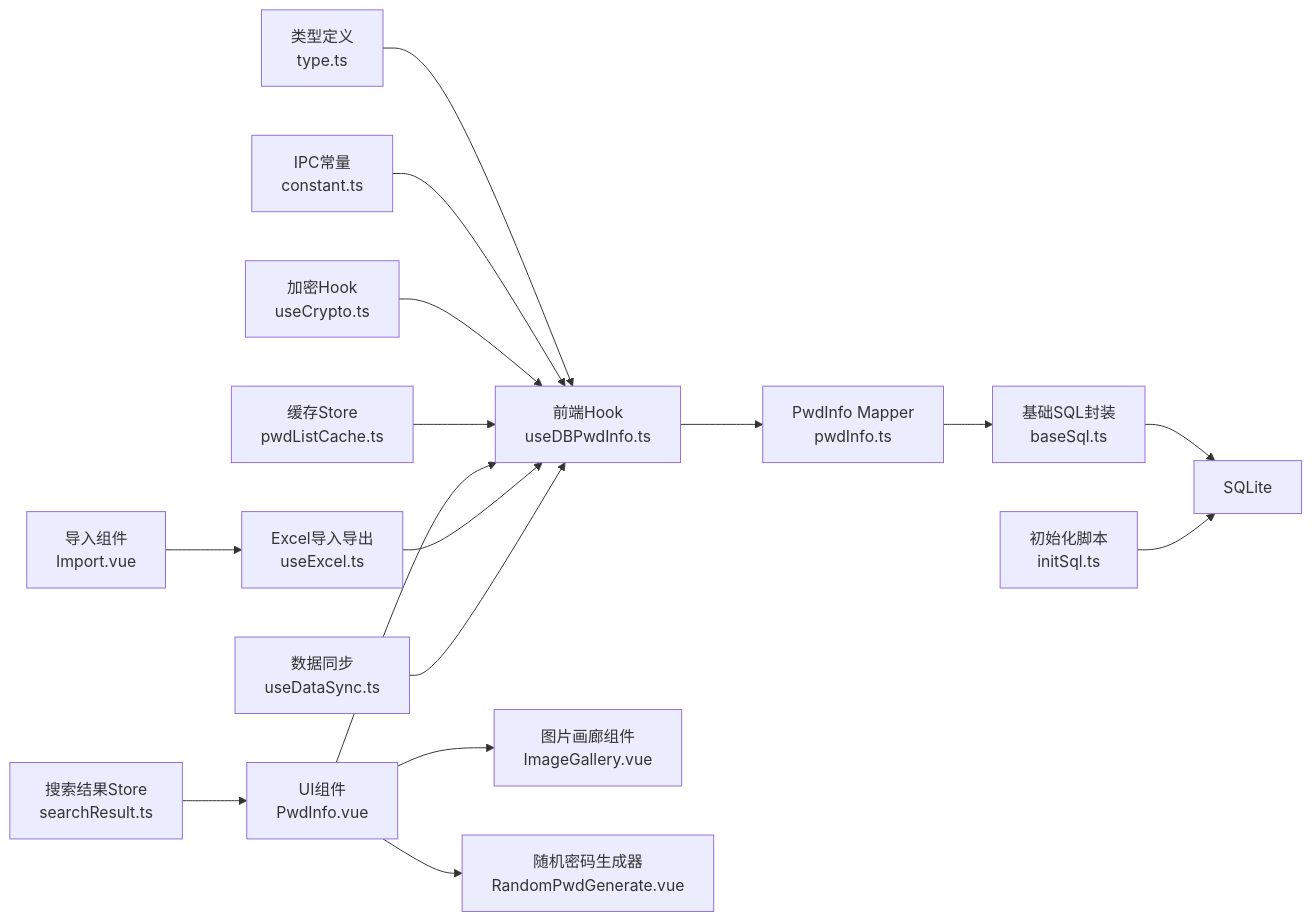
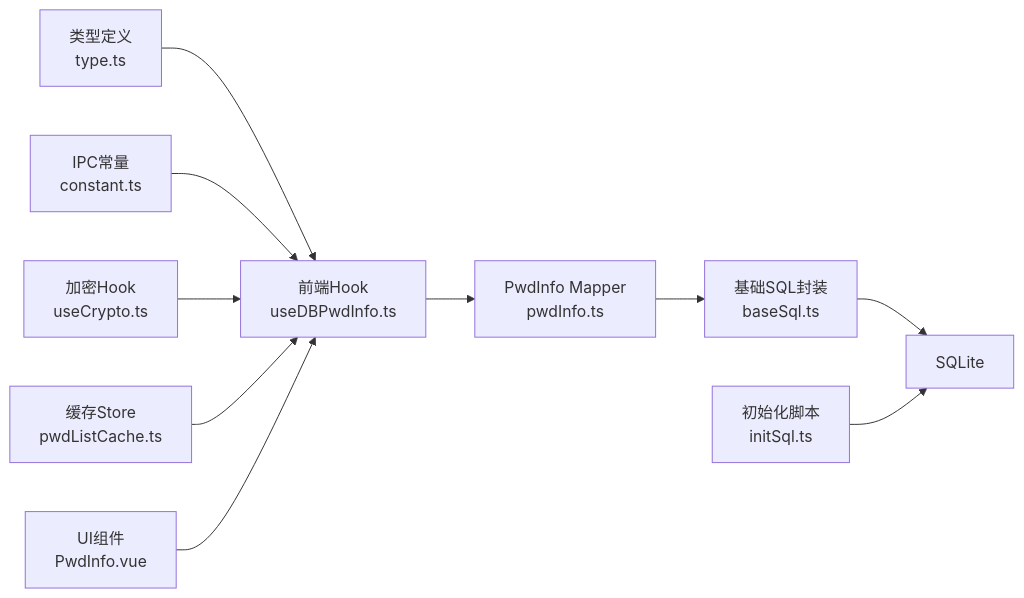
Before and after one commit to scgithub3220216/password-manager: the seventh of 7 diagrams in .qoder/repowiki/zh/content/架构设计/数据库层架构/Mapper层设计/密码信息Mapper.md, drawn with Mermaid. The commit also changed other lines of this file and 17 other files, not shown here.

````diff
--- a/.qoder/repowiki/zh/content/架构设计/数据库层架构/Mapper层设计/密码信息Mapper.md
+++ b/.qoder/repowiki/zh/content/架构设计/数据库层架构/Mapper层设计/密码信息Mapper.md
@@ -461,18 +298,12 @@
 ```mermaid
 graph LR
 Type["类型定义<br/>type.ts"] --> Hook["前端Hook<br/>useDBPwdInfo.ts"]
 Const["IPC常量<br/>constant.ts"] --> Hook
 Crypto["加密Hook<br/>useCrypto.ts"] --> Hook
 Hook --> Mapper["PwdInfo Mapper<br/>pwdInfo.ts"]
 Mapper --> Base["基础SQL封装<br/>baseSql.ts"]
 Base --> DB["SQLite"]
 Init["初始化脚本<br/>initSql.ts"] --> DB
 Cache["缓存Store<br/>pwdListCache.ts"] --> Hook
 UI["UI组件<br/>PwdInfo.vue"] --> Hook
-UI --> IMG["图片画廊组件<br/>ImageGallery.vue"]
-UI --> RAND["随机密码生成器<br/>RandomPwdGenerate.vue"]
-SR["搜索结果Store<br/>searchResult.ts"] --> UI
-EXCEL["Excel导入导出<br/>useExcel.ts"] --> Hook
-SYNC["数据同步<br/>useDataSync.ts"] --> Hook
-IMPORT["导入组件<br/>Import.vue"] --> EXCEL
 ```
````
